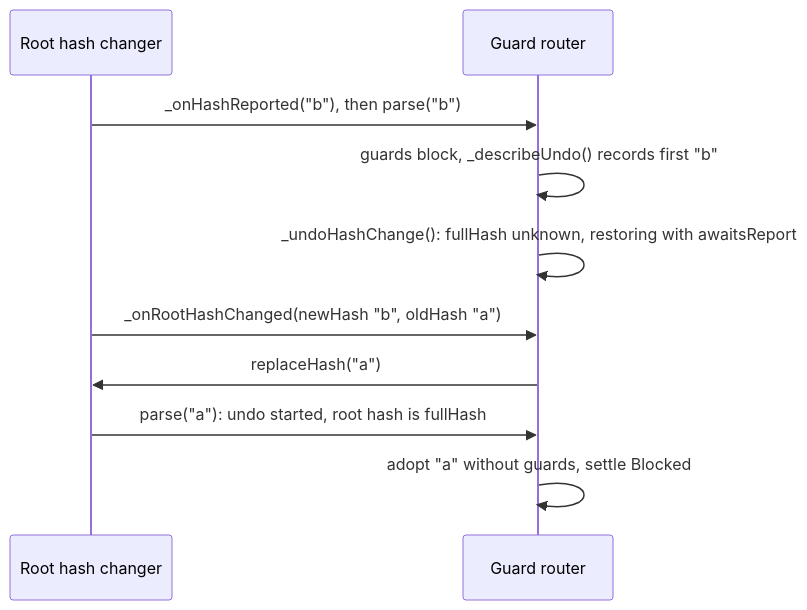
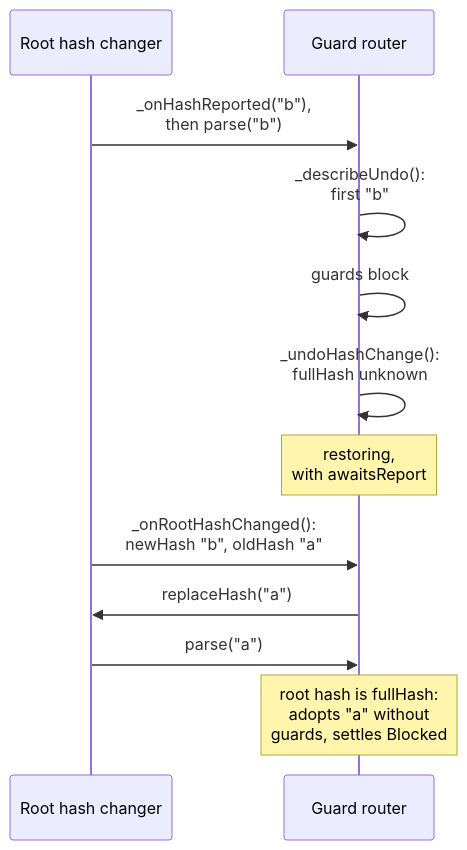
One commit to wridgeu/ui5-lib-guard-router changed the third of 12 diagrams in docs/reference/architecture.md. Above: the diagram before and after it, drawn with Mermaid. The commit also changed other lines of this file and 6 other files, not shown here.

First line of the commit message:
docs: draw the diagrams narrow, one case each, and colour the overview

````diff
--- a/docs/reference/architecture.md
+++ b/docs/reference/architecture.md
@@ -527,12 +535,14 @@
 ```mermaid
 sequenceDiagram
     participant Root as Root hash changer
     participant Router as Guard router
-    Root->>Router: _onHashReported("b"), then parse("b")
-    Router->>Router: guards block, _describeUndo() records first "b"
-    Router->>Router: _undoHashChange(): fullHash unknown, restoring with awaitsReport
-    Root->>Router: _onRootHashChanged(newHash "b", oldHash "a")
+    Root->>Router: _onHashReported("b"),<br/>then parse("b")
+    Router->>Router: _describeUndo():<br/>first "b"
+    Router->>Router: guards block
+    Router->>Router: _undoHashChange():<br/>fullHash unknown
+    Note over Router: restoring,<br/>with awaitsReport
+    Root->>Router: _onRootHashChanged():<br/>newHash "b", oldHash "a"
     Router->>Root: replaceHash("a")
-    Root->>Router: parse("a"): undo started, root hash is fullHash
-    Router->>Router: adopt "a" without guards, settle Blocked
+    Root->>Router: parse("a")
+    Note over Router: root hash is fullHash:<br/>adopts "a" without<br/>guards, settles Blocked
 ```
````
